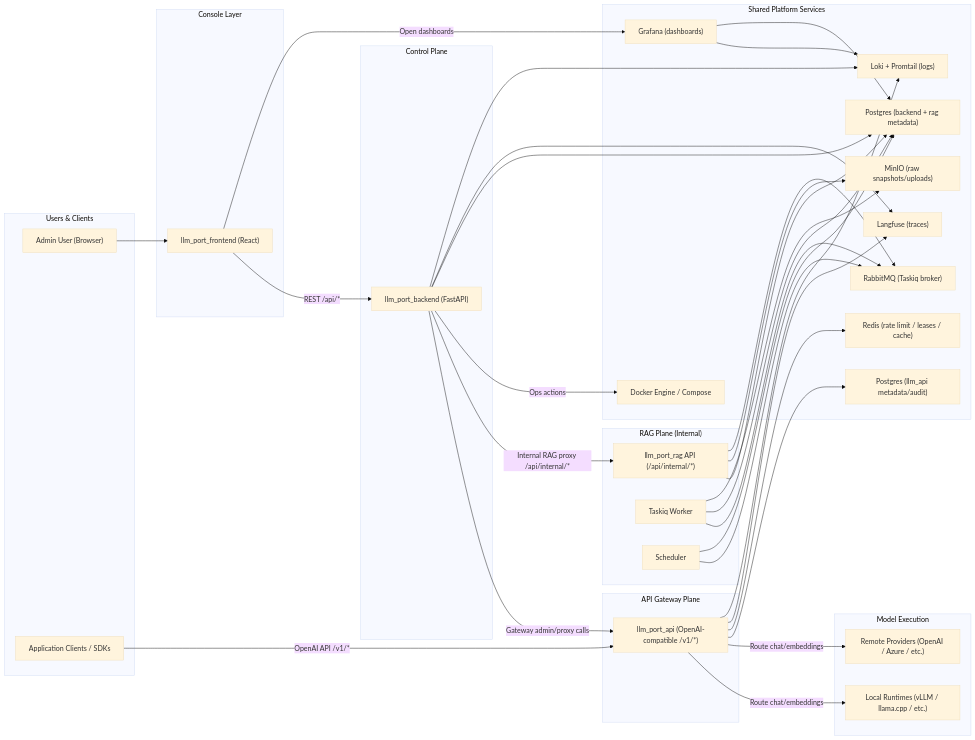
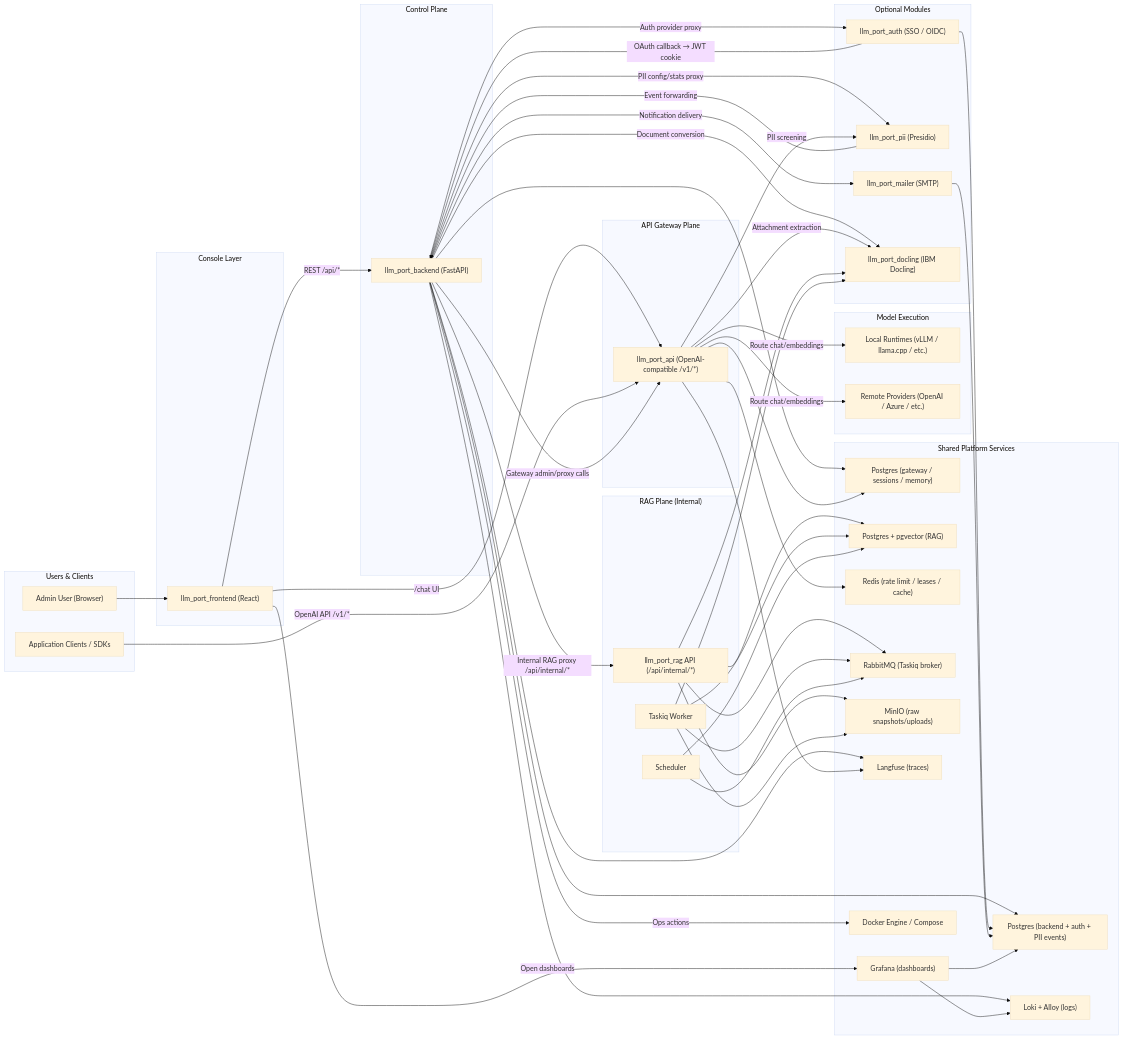
Before and after one commit to llm-port/llm-port.github.io: the diagram in docs/architecture.md, drawn with Mermaid (base theme). The commit also changed other lines of this file and 46 other files, not shown here.

```diff
--- a/docs/architecture.md
+++ b/docs/architecture.md
@@ -27,6 +27,13 @@
         API["llm_port_api (OpenAI-compatible /v1/*)"]
     end
 
+    subgraph Modules["Optional Modules"]
+        AUTH["llm_port_auth (SSO / OIDC)"]
+        PII["llm_port_pii (Presidio)"]
+        MAILER["llm_port_mailer (SMTP)"]
+        DOCLING["llm_port_docling (IBM Docling)"]
+    end
+
     subgraph RAG["RAG Plane (Internal)"]
         RAGAPI["llm_port_rag API (/api/internal/*)"]
         RAGW["Taskiq Worker"]
@@ -39,43 +46,59 @@
     end
 
     subgraph Shared["Shared Platform Services"]
-        PGMAIN["Postgres (backend + rag metadata)"]
-        PGAPI["Postgres (llm_api metadata/audit)"]
+        PGMAIN["Postgres (backend + auth + PII events)"]
+        PGAPI["Postgres (gateway / sessions / memory)"]
+        PGRAG["Postgres + pgvector (RAG)"]
         REDIS["Redis (rate limit / leases / cache)"]
         RMQ["RabbitMQ (Taskiq broker)"]
         MINIO["MinIO (raw snapshots/uploads)"]
         LANGFUSE["Langfuse (traces)"]
-        LOKI["Loki + Promtail (logs)"]
+        LOKI["Loki + Alloy (logs)"]
         GRAF["Grafana (dashboards)"]
         DOCKER["Docker Engine / Compose"]
     end
 
     U1 --> FE
     FE -->|REST /api/*| BE
+    FE -->|/chat UI| API
     U2 -->|OpenAI API /v1/*| API
 
     BE -->|Gateway admin/proxy calls| API
     BE -->|Internal RAG proxy /api/internal/*| RAGAPI
+    BE -->|Auth provider proxy| AUTH
+    BE -->|PII config/stats proxy| PII
+    BE -->|Notification delivery| MAILER
+    BE -->|Document conversion| DOCLING
     BE -->|Ops actions| DOCKER
     BE --> PGMAIN
+    BE --> PGAPI
     BE --> LANGFUSE
     BE --> LOKI
 
     API -->|Route chat/embeddings| LOCAL
     API -->|Route chat/embeddings| REMOTE
+    API -->|PII screening| PII
+    API -->|Attachment extraction| DOCLING
     API --> PGAPI
     API --> REDIS
     API --> LANGFUSE
-    API --> LOKI
 
-    RAGAPI --> PGMAIN
+    AUTH -->|OAuth callback → JWT cookie| BE
+    AUTH --> PGMAIN
+
+    PII -->|Event forwarding| BE
+    MAILER --> PGMAIN
+
+    RAGAPI --> PGRAG
     RAGAPI --> MINIO
+    RAGAPI --> DOCLING
     RAGAPI --> RMQ
     RAGW --> RMQ
-    RAGW --> PGMAIN
+    RAGW --> PGRAG
     RAGW --> MINIO
+    RAGW --> DOCLING
     RAGS --> RMQ
-    RAGS --> PGMAIN
+    RAGS --> PGRAG
 
     GRAF --> LOKI
     GRAF --> PGMAIN
```
